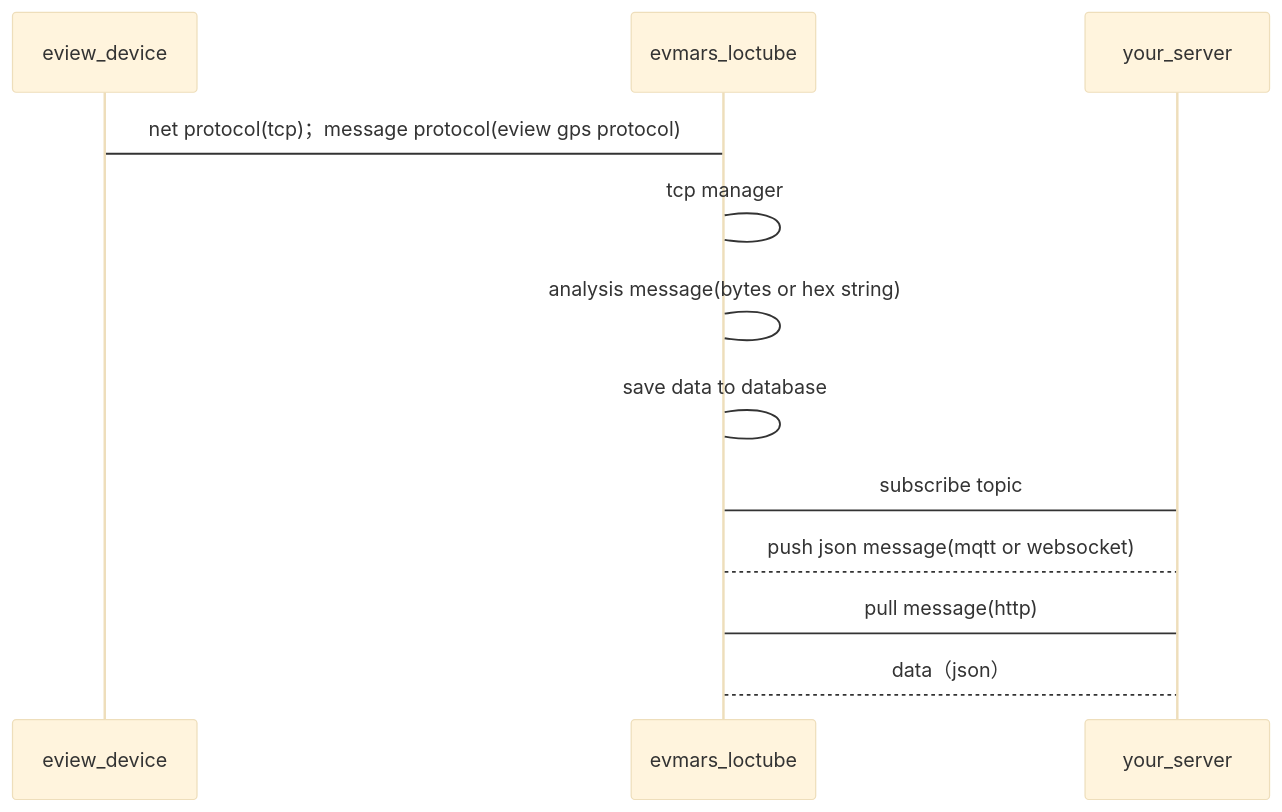
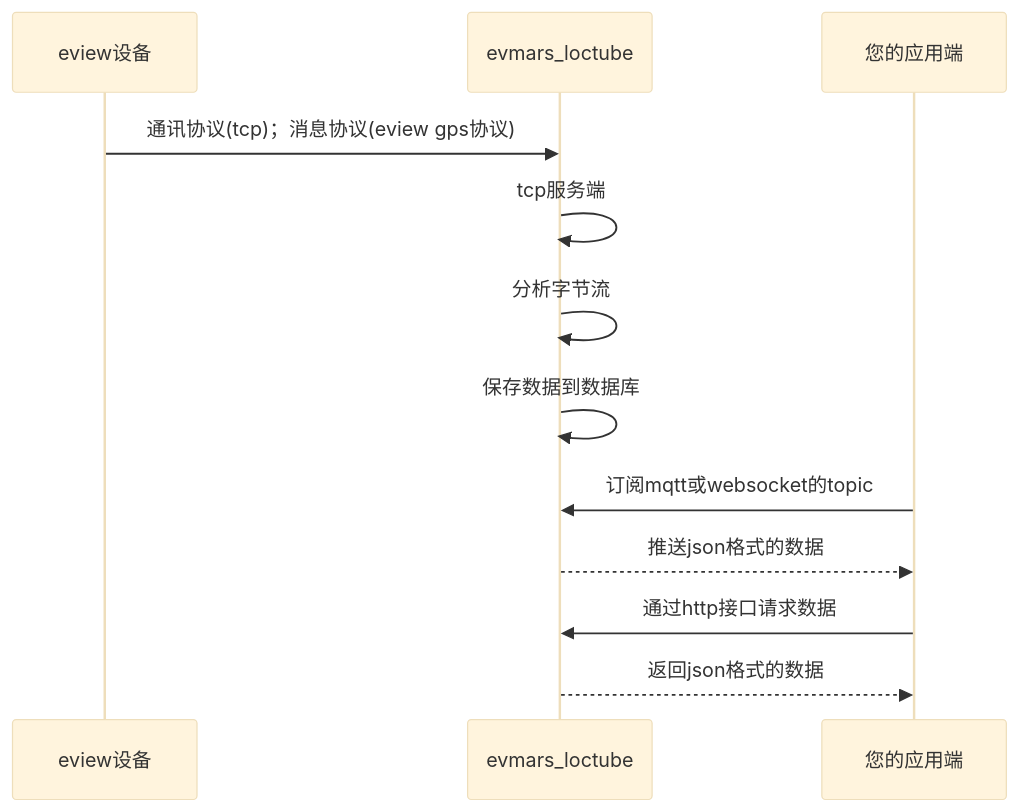
One commit to zeje/EviewCloudDoc changed the first of 2 diagrams in src/zh/sequenceDiagram/loctube.md. Above: the diagram before and after it, drawn with Mermaid (base theme). The commit also changed other lines of this file and 39 other files, not shown here.

````diff
--- a/src/zh/sequenceDiagram/loctube.md
+++ b/src/zh/sequenceDiagram/loctube.md
@@ -1,20 +3,20 @@
 ```mermaid
 
 sequenceDiagram
 
-    participant device as eview_device
+    participant device as eview设备
     participant loctube as evmars_loctube
-    participant app as your_server
+    participant app as 您的应用端
 
-    device -> loctube: net protocol(tcp)；message protocol(eview gps protocol)
-    loctube -> loctube: tcp manager
-    loctube -> loctube: analysis message(bytes or hex string)
-    loctube -> loctube: save data to database
+    device ->> loctube: 通讯协议(tcp)；消息协议(eview gps协议)
+    loctube ->> loctube: tcp服务端
+    loctube ->> loctube: 分析字节流
+    loctube ->> loctube: 保存数据到数据库
 
-    app -> loctube : subscribe topic
-    loctube --> app : push json message(mqtt or websocket)
+    app ->> loctube : 订阅mqtt或websocket的topic
+    loctube -->> app : 推送json格式的数据
 
-    app -> loctube : pull message(http)
-    loctube --> app: data（json）
+    app ->> loctube : 通过http接口请求数据
+    loctube -->> app: 返回json格式的数据
 
 ```
````
